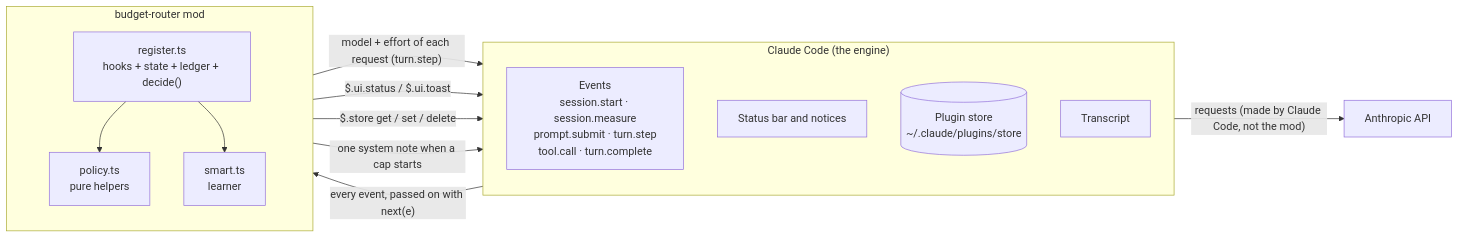
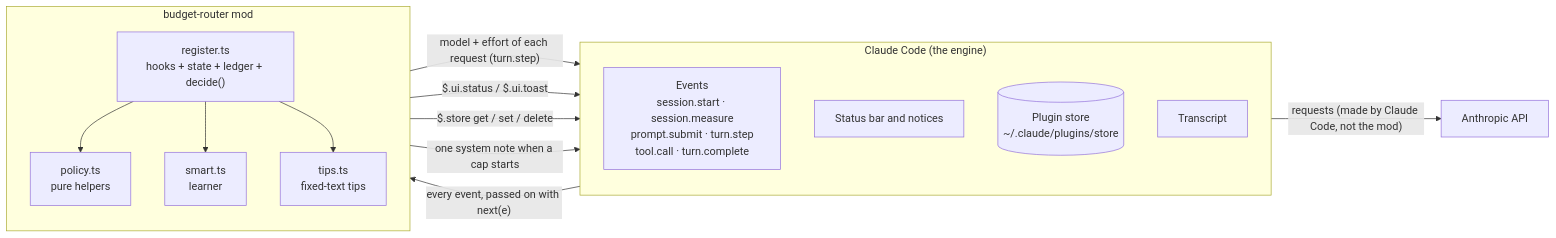
One commit to ValhalaStudio/budget-router-kit changed the first of 6 diagrams in plugins/budget-router/ARCHITECTURE.md. Above: the diagram before and after it, drawn with Mermaid. The commit also changed other lines of this file and 11 other files, not shown here.

````diff
--- a/plugins/budget-router/ARCHITECTURE.md
+++ b/plugins/budget-router/ARCHITECTURE.md
@@ -15,25 +16,27 @@
 ```mermaid
 flowchart LR
   subgraph CC["Claude Code (the engine)"]
     direction TB
     EV["Events<br/>session.start · session.measure<br/>prompt.submit · turn.step<br/>tool.call · turn.complete"]
     UI["Status bar and notices"]
     ST[("Plugin store<br/>~/.claude/plugins/store")]
     TR["Transcript"]
   end
   subgraph MOD["budget-router mod"]
     direction TB
     REG["register.ts<br/>hooks + state + ledger + decide()"]
     POL["policy.ts<br/>pure helpers"]
     SM["smart.ts<br/>learner"]
+    TP["tips.ts<br/>fixed-text tips"]
     REG --> POL
     REG --> SM
+    REG --> TP
   end
   API["Anthropic API"]
   EV -- "every event, passed on with next(e)" --> REG
   REG -- "model + effort of each request (turn.step)" --> EV
   REG -- "$.ui.status / $.ui.toast" --> UI
   REG -- "$.store get / set / delete" --> ST
   REG -- "one system note when a cap starts" --> TR
   EV -- "requests (made by Claude Code, not the mod)" --> API
 ```
````
